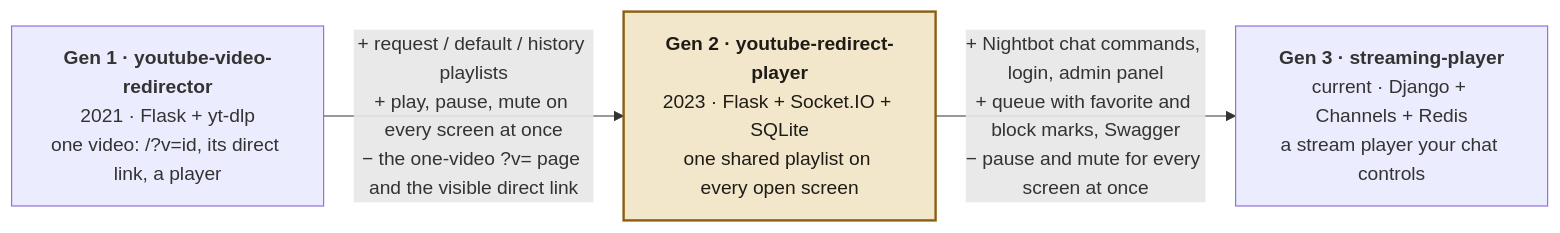
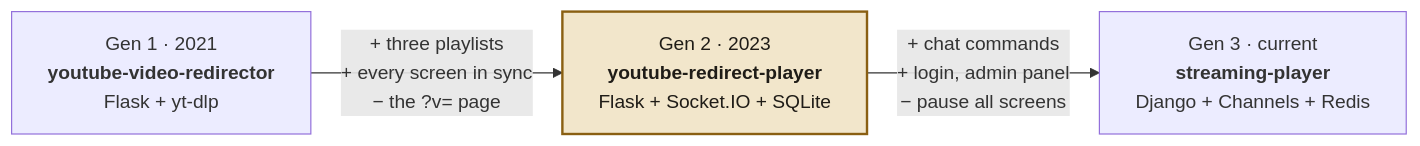
The first of 2 diagrams in README.md (NatLee/youtube-redirect-player), drawn with Mermaid before and after one commit. The commit also changed other lines of this file, not shown here.

Commit message:
docs: lighter family tree, with the details in a table
GitHub draws Mermaid smaller than the CLI does, so the family tree's long
labels wrapped into narrow towers and the last box hid behind the zoom
buttons. The diagram now carries just the names, years, stacks and a
few words of what changed; the full "added / let go" list moved into a
table right under it. Same change as in youtube-video-redirector.

````diff
--- a/README.md
+++ b/README.md
@@ -31,9 +31,9 @@
 ```mermaid
 flowchart LR
-    G1["<b>Gen 1 · youtube-video-redirector</b><br/>2021 · Flask + yt-dlp<br/>one video: /?v=id, its direct link, a player"]
-    G2["<b>Gen 2 · youtube-redirect-player</b><br/>2023 · Flask + Socket.IO + SQLite<br/>one shared playlist on every open screen"]
-    G3["<b>Gen 3 · streaming-player</b><br/>current · Django + Channels + Redis<br/>a stream player your chat controls"]
-    G1 -- "+ request / default / history playlists<br/>+ play, pause, mute on every screen at once<br/>− the one-video ?v= page and the visible direct link" --> G2
-    G2 -- "+ Nightbot chat commands, login, admin panel<br/>+ queue with favorite and block marks, Swagger<br/>− pause and mute for every screen at once" --> G3
+    G1["Gen 1 · 2021<br/><b>youtube-video-redirector</b><br/>Flask + yt-dlp"]
+    G2["Gen 2 · 2023<br/><b>youtube-redirect-player</b><br/>Flask + Socket.IO + SQLite"]
+    G3["Gen 3 · current<br/><b>streaming-player</b><br/>Django + Channels + Redis"]
+    G1 -- "+ three playlists<br/>+ every screen in sync<br/>− the ?v= page" --> G2
+    G2 -- "+ chat commands<br/>+ login, admin panel<br/>− pause all screens" --> G3
     style G2 fill:#f2e6cb,stroke:#8a5f12,stroke-width:2px,color:#1f1c17
 ```
````
